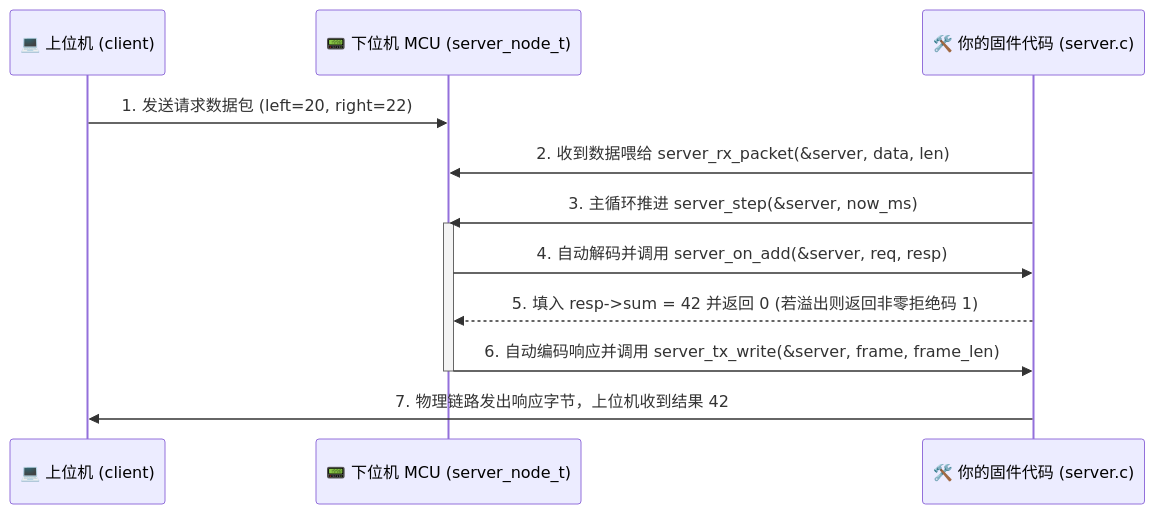
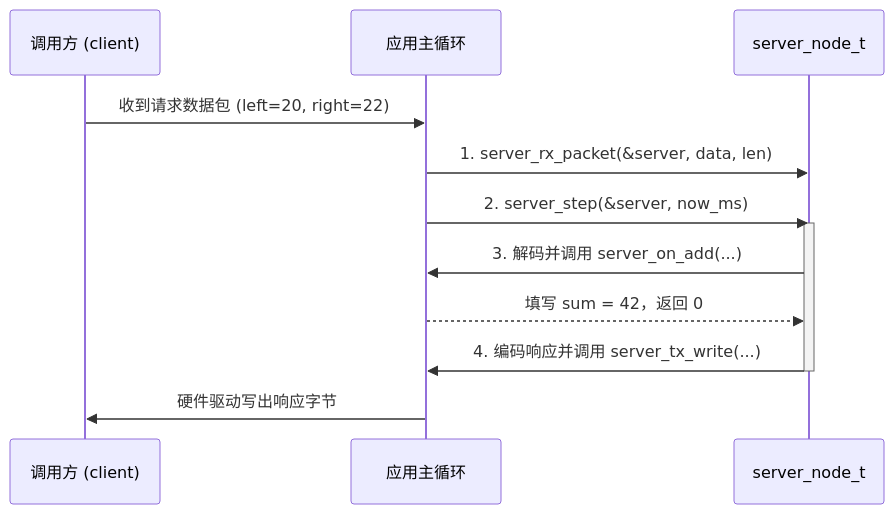
Before and after one commit to starwey604/wirelink: the diagram in site/src/content/docs/zh-cn/learn/01-loopback-endpoint.mdx, drawn with Mermaid. The commit also changed other lines of this file and 5 other files, not shown here.

````diff
--- a/site/src/content/docs/zh-cn/learn/01-loopback-endpoint.mdx
+++ b/site/src/content/docs/zh-cn/learn/01-loopback-endpoint.mdx
@@ -122,16 +153,16 @@
 ```mermaid
 sequenceDiagram
-  participant Host as 💻 上位机 (client)
-  participant MCU as 📟 下位机 MCU (server_node_t)
-  participant App as 🛠️ 你的固件代码 (server.c)
+  participant Peer as 调用方 (client)
+  participant App as 应用主循环
+  participant Node as server_node_t
 
-  Host->>MCU: 1. 发送请求数据包 (left=20, right=22)
-  App->>MCU: 2. 收到数据喂给 server_rx_packet(&server, data, len)
-  App->>MCU: 3. 主循环推进 server_step(&server, now_ms)
-  activate MCU
-  MCU->>App: 4. 自动解码并调用 server_on_add(&server, req, resp)
-  App-->>MCU: 5. 填入 resp->sum = 42 并返回 0 (若溢出则返回非零拒绝码 1)
-  MCU->>App: 6. 自动编码响应并调用 server_tx_write(&server, frame, frame_len)
-  deactivate MCU
-  App->>Host: 7. 物理链路发出响应字节，上位机收到结果 42
+  Peer->>App: 收到请求数据包 (left=20, right=22)
+  App->>Node: 1. server_rx_packet(&server, data, len)
+  App->>Node: 2. server_step(&server, now_ms)
+  activate Node
+  Node->>App: 3. 解码并调用 server_on_add(...)
+  App-->>Node: 填写 sum = 42，返回 0
+  Node->>App: 4. 编码响应并调用 server_tx_write(...)
+  deactivate Node
+  App->>Peer: 硬件驱动写出响应字节
 ```
````
